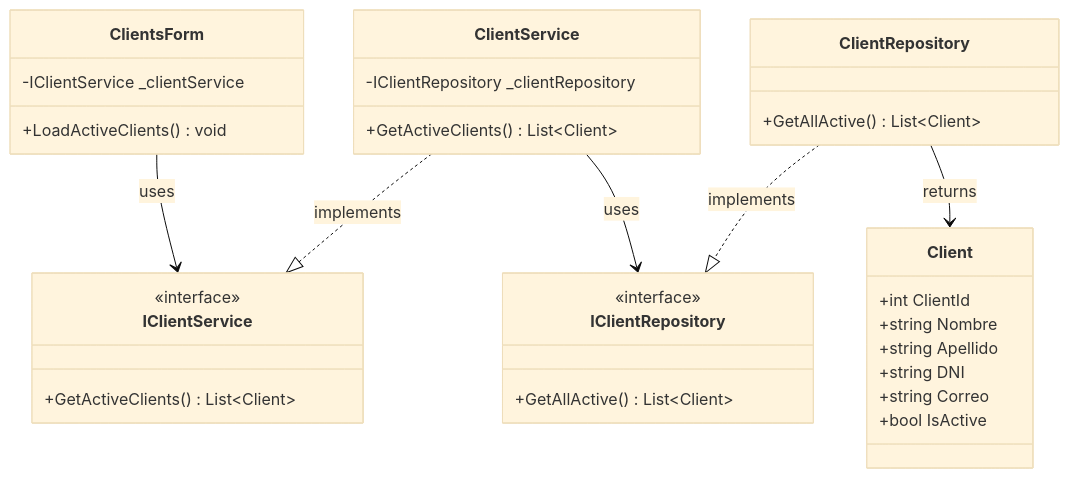
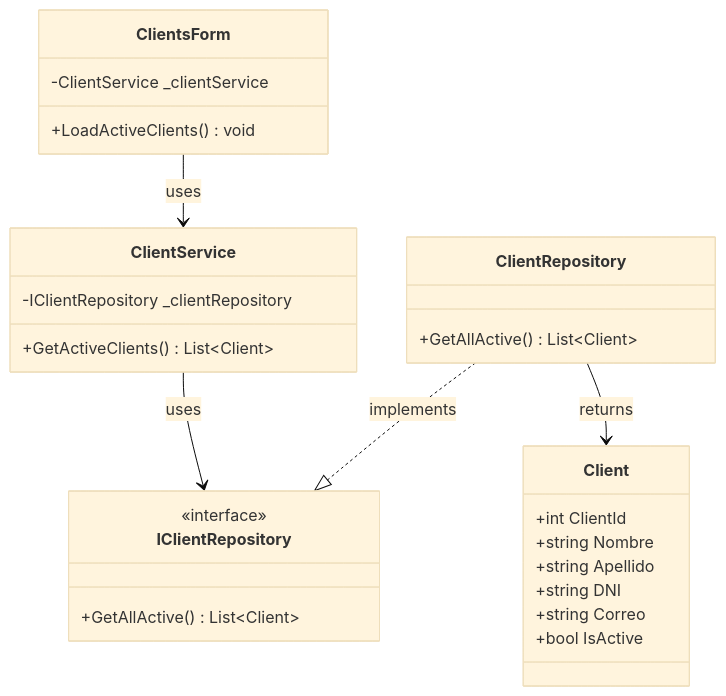
The fifth of 12 diagrams in Documentation/UML_Diagrams/17_Clients_UseCases.md (nahuk86/tp_diploma_nk_2026), drawn with Mermaid (base theme) before and after one commit. The commit also changed other lines of this file and 5 other files, not shown here.

First line of the commit message:
Fix UML documentation: remove non-existent BLL service interfaces

````diff
--- a/Documentation/UML_Diagrams/17_Clients_UseCases.md
+++ b/Documentation/UML_Diagrams/17_Clients_UseCases.md
@@ -201,41 +186,36 @@
 ```mermaid
 classDiagram
     class ClientsForm {
-        -IClientService _clientService
+        -ClientService _clientService
         +LoadActiveClients() void
     }
 
-    class IClientService {
-        <<interface>>
-        +GetActiveClients() List~Client~
-    }
 
     class ClientService {
         -IClientRepository _clientRepository
         +GetActiveClients() List~Client~
     }
 
     class IClientRepository {
         <<interface>>
         +GetAllActive() List~Client~
     }
 
     class ClientRepository {
         +GetAllActive() List~Client~
     }
 
     class Client {
         +int ClientId
         +string Nombre
         +string Apellido
         +string DNI
         +string Correo
         +bool IsActive
     }
 
-    ClientsForm --> IClientService : uses
-    ClientService ..|> IClientService : implements
+    ClientsForm --> ClientService : uses
     ClientService --> IClientRepository : uses
     ClientRepository ..|> IClientRepository : implements
     ClientRepository --> Client : returns
 ```
````
